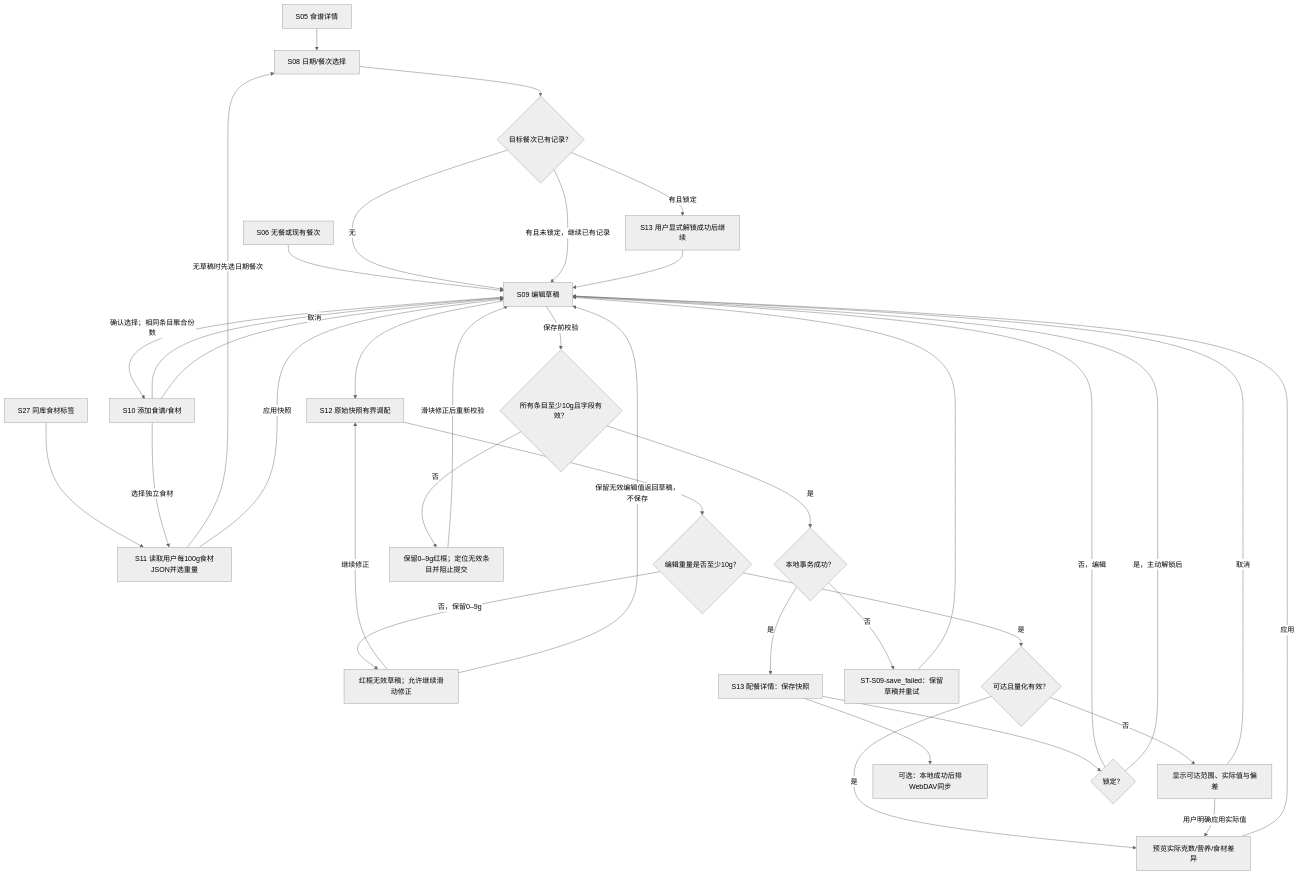
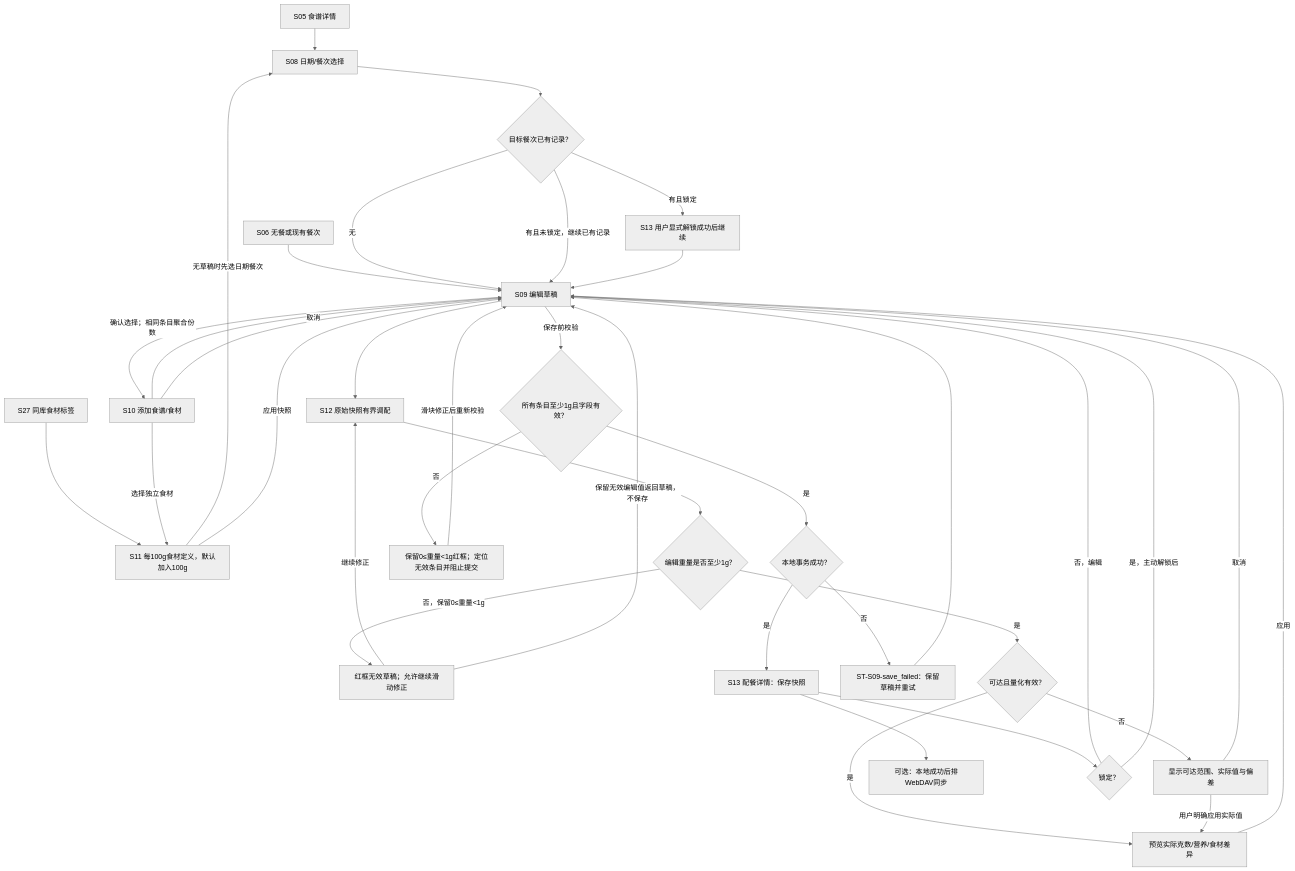
Before and after one commit to Yu-xiaohei/Yuno-recipe-app: the third of 9 diagrams in docs/ux/流程与状态.md, drawn with Mermaid (neutral theme). The commit also changed other lines of this file and 58 other files, not shown here.

````diff
--- a/docs/ux/流程与状态.md
+++ b/docs/ux/流程与状态.md
@@ -55,39 +55,39 @@
 ```mermaid
 flowchart TD
     S05["S05 食谱详情"] --> S08["S08 日期/餐次选择"]
     S06["S06 无餐或现有餐次"] --> S09["S09 编辑草稿"]
     S08 --> Existing{"目标餐次已有记录？"}
     Existing -->|无| S09
     Existing -->|有且未锁定，继续已有记录| S09
     Existing -->|有且锁定| Unlock["S13 用户显式解锁成功后继续"]
     Unlock --> S09
     S09 --> S10["S10 添加食谱/食材"]
-    S27["S27 同库食材标签"] --> S11["S11 读取用户每100g食材JSON并选重量"]
+    S27["S27 同库食材标签"] --> S11["S11 每100g食材定义，默认加入100g"]
     S10 -->|选择独立食材| S11
     S11 -->|无草稿时先选日期餐次| S08
     S11 -->|应用快照| S09
     S10 -->|确认选择；相同条目聚合份数| S09
     S10 -->|取消| S09
     S09 --> S12["S12 原始快照有界调配"]
-    S12 --> AdjustmentWeight{"编辑重量是否至少10g？"}
-    AdjustmentWeight -->|否，保留0–9g| InvalidPreview["红框无效草稿；允许继续滑动修正"]
+    S12 --> AdjustmentWeight{"编辑重量是否至少1g？"}
+    AdjustmentWeight -->|否，保留0≤重量<1g| InvalidPreview["红框无效草稿；允许继续滑动修正"]
     InvalidPreview -->|继续修正| S12
     InvalidPreview -->|保留无效编辑值返回草稿，不保存| S09
     AdjustmentWeight -->|是| Reach{"可达且量化有效？"}
     Reach -->|是| Preview["预览实际克数/营养/食材差异"]
     Reach -->|否| Limit["显示可达范围、实际值与偏差"]
     Limit -->|用户明确应用实际值| Preview
     Limit -->|取消| S09
     Preview -->|应用| S09
-    S09 -->|保存前校验| Weight{"所有条目至少10g且字段有效？"}
-    Weight -->|否| InvalidWeight["保留0–9g红框；定位无效条目并阻止提交"]
+    S09 -->|保存前校验| Weight{"所有条目至少1g且字段有效？"}
+    Weight -->|否| InvalidWeight["保留0≤重量<1g红框；定位无效条目并阻止提交"]
     InvalidWeight -->|滑块修正后重新校验| S09
     Weight -->|是| Save{"本地事务成功？"}
     Save -->|否| Failure["ST-S09-save_failed：保留草稿并重试"]
     Failure --> S09
     Save -->|是| S13["S13 配餐详情：保存快照"]
     S13 --> Queue["可选：本地成功后排WebDAV同步"]
     S13 --> Locked{"锁定？"}
     Locked -->|否，编辑| S09
     Locked -->|是，主动解锁后| S09
 ```
````
